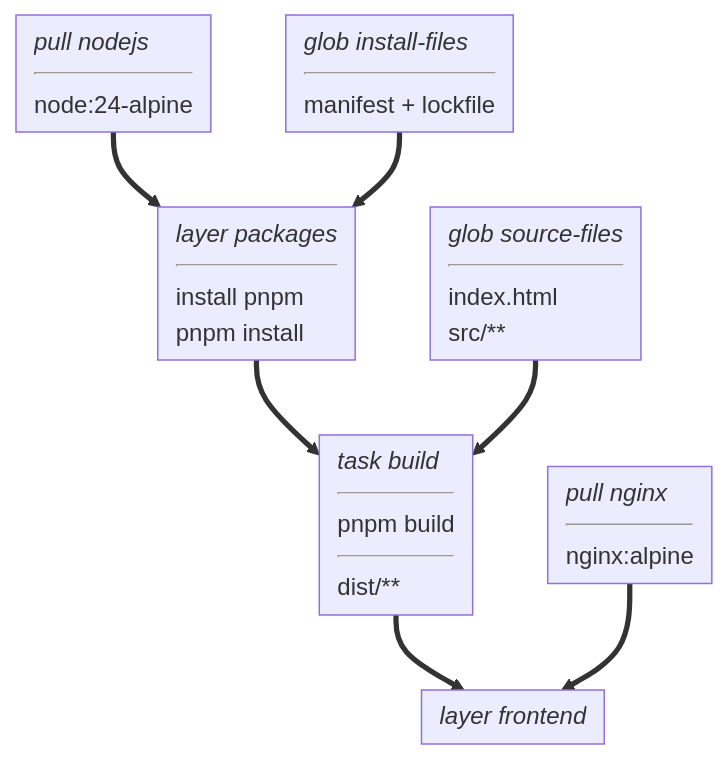
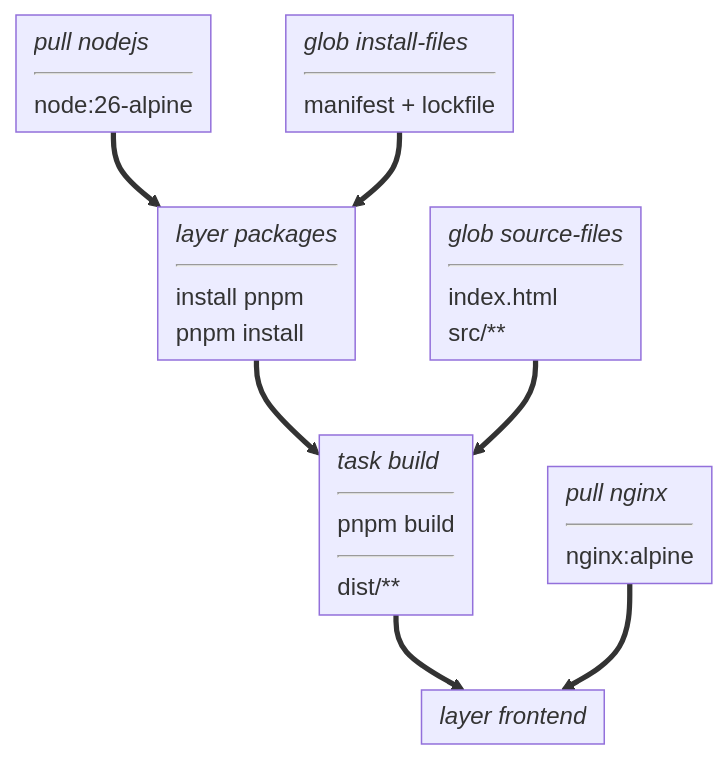
One commit to vamos-build/vamos changed the second of 2 diagrams in docs/user/tutorial.md. Above: the diagram before and after it, drawn with Mermaid. The commit also changed other lines of this file and 50 other files, not shown here.

````diff
--- a/docs/user/tutorial.md
+++ b/docs/user/tutorial.md
@@ -253,22 +253,22 @@
 ```mermaid
 ---
 config:
   flowchart:
     padding: 6
 ---
 flowchart TD
-    nodejs[<div style="text-align:left"><i>pull nodejs</i><hr/>node:24-alpine</div>]
+    nodejs[<div style="text-align:left"><i>pull nodejs</i><hr/>node:26-alpine</div>]
     install-files[<div style="text-align:left"><i>glob install-files</i><hr/>manifest + lockfile</div>]
     packages[<div style="text-align:left"><i>layer packages</i><hr/>install pnpm<br/>pnpm install</div>]
     source-files[<div style="text-align:left"><i>glob source-files</i><hr/>index.html<br/>src/**</div>]
     build[<div style="text-align:left"><i>task build</i><hr/>pnpm build<hr/>dist/**</div>]
     nginx[<div style="text-align:left"><i>pull nginx</i><hr/>nginx:alpine</div>]
     frontend[<div style="text-align:left"><i>layer frontend</i></div>]
 
     nodejs ==> packages
     install-files ==> packages
     packages ==> build
     source-files ==> build
     build ==> frontend
     nginx ==> frontend
 ```
````
